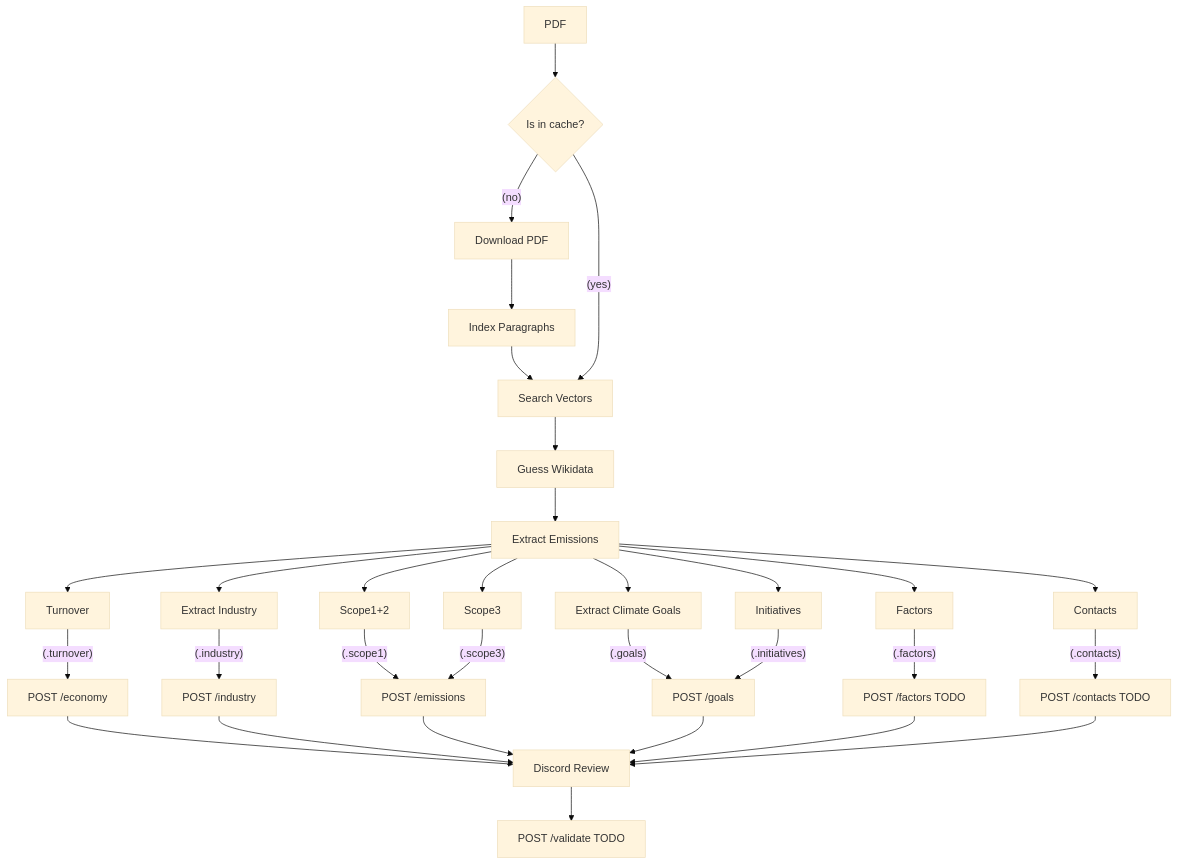
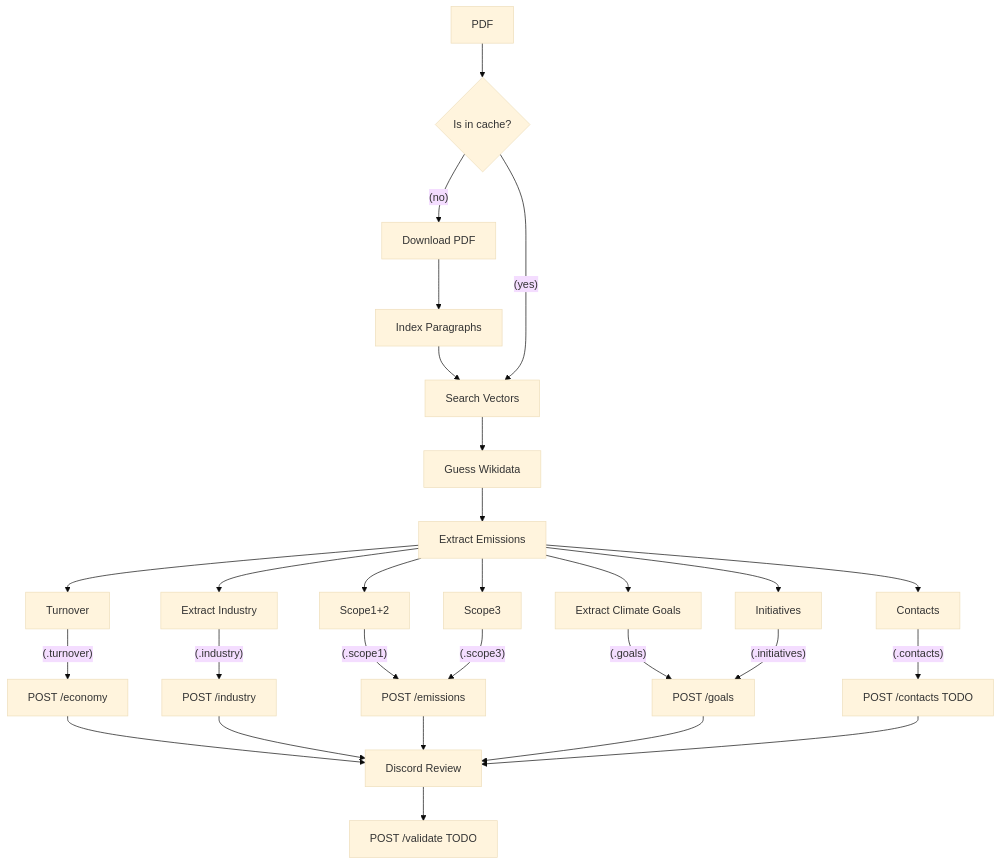
Before and after one commit to Klimatbyran/garbo: the diagram in README.md, drawn with Mermaid (base theme). The commit also changed 9 other files, not shown here.

````diff
--- a/README.md
+++ b/README.md
@@ -19,45 +19,42 @@
 ```mermaid
 flowchart TB
 
     PDF[PDF]
     Cache{Is in cache?}
     Download[Download PDF]
     Index[Index Paragraphs]
     Search[Search Vectors]
     Emissions[Extract Emissions]
     Wikidata[Guess Wikidata]
 
     API.Economy[POST /economy]
     API.Industry[POST /industry]
     API.Emissions[POST /emissions]
     API.Goals[POST /goals]
-    API.Factors[POST /factors TODO]
     API.Contacts[POST /contacts TODO]
     API.Review[POST /validate TODO]
 
     Industry[Extract Industry]
     Goals[Extract Climate Goals]
     Review[Discord Review]
 
 
     PDF --> Cache --(no)--> Download --> Index --> Search --> Wikidata --> Emissions
     Cache --(yes)--> Search
 
     Emissions --> Industry --(.industry)--> API.Industry
     Emissions --> Scope1+2 --(.scope1)--> API.Emissions
     Emissions --> Scope3 --(.scope3)--> API.Emissions
     Emissions --> Goals --(.goals)--> API.Goals
     Emissions --> Initiatives --(.initiatives)--> API.Goals
     Emissions --> Contacts --(.contacts)--> API.Contacts
     Emissions --> Turnover --(.turnover)--> API.Economy
-    Emissions --> Factors --(.factors)--> API.Factors
 
     API.Economy --> Review
     API.Industry --> Review
     API.Emissions --> Review
     API.Goals --> Review
-    API.Factors --> Review
     API.Contacts --> Review
 
     Review --> API.Review
 ```
````
